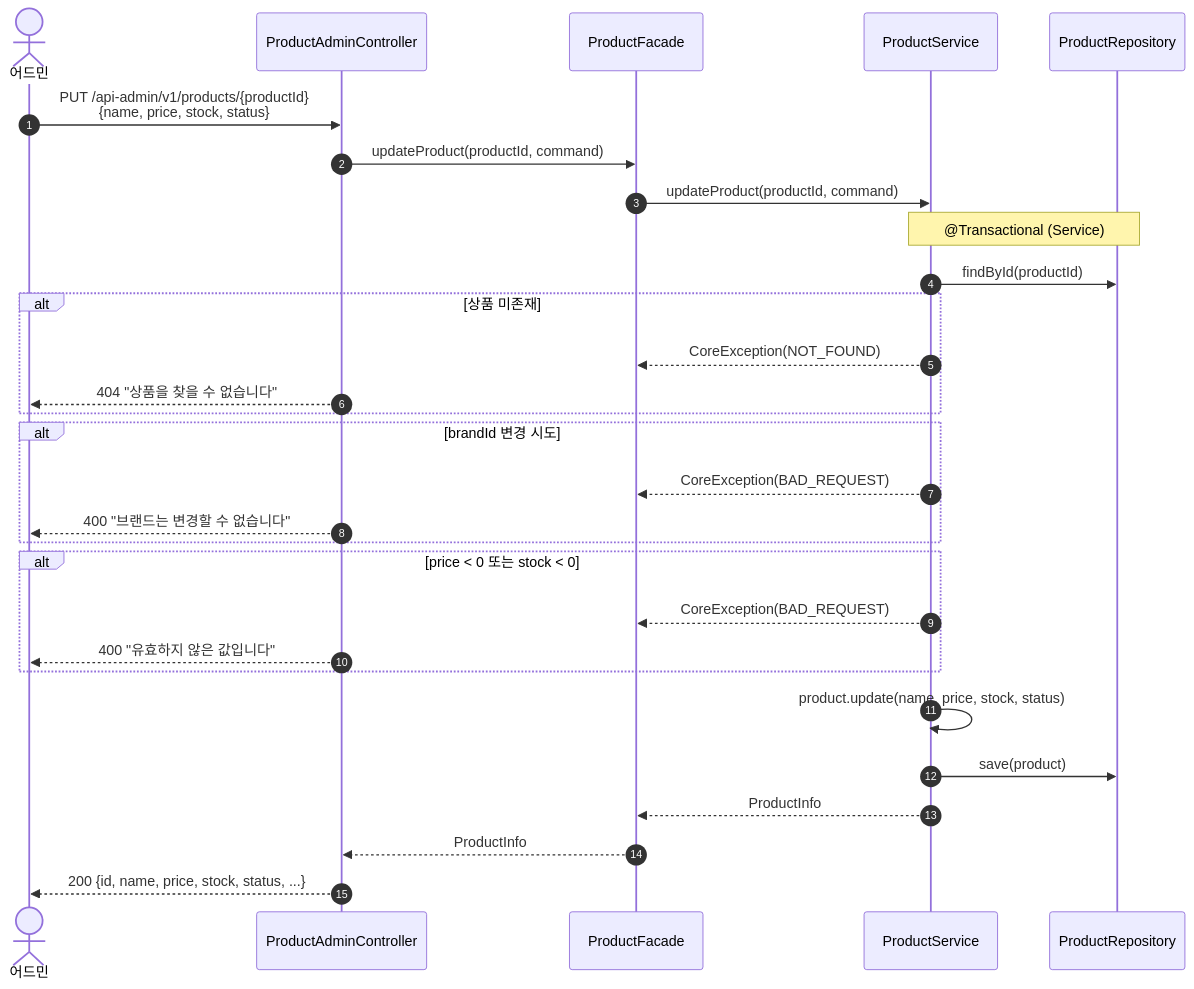
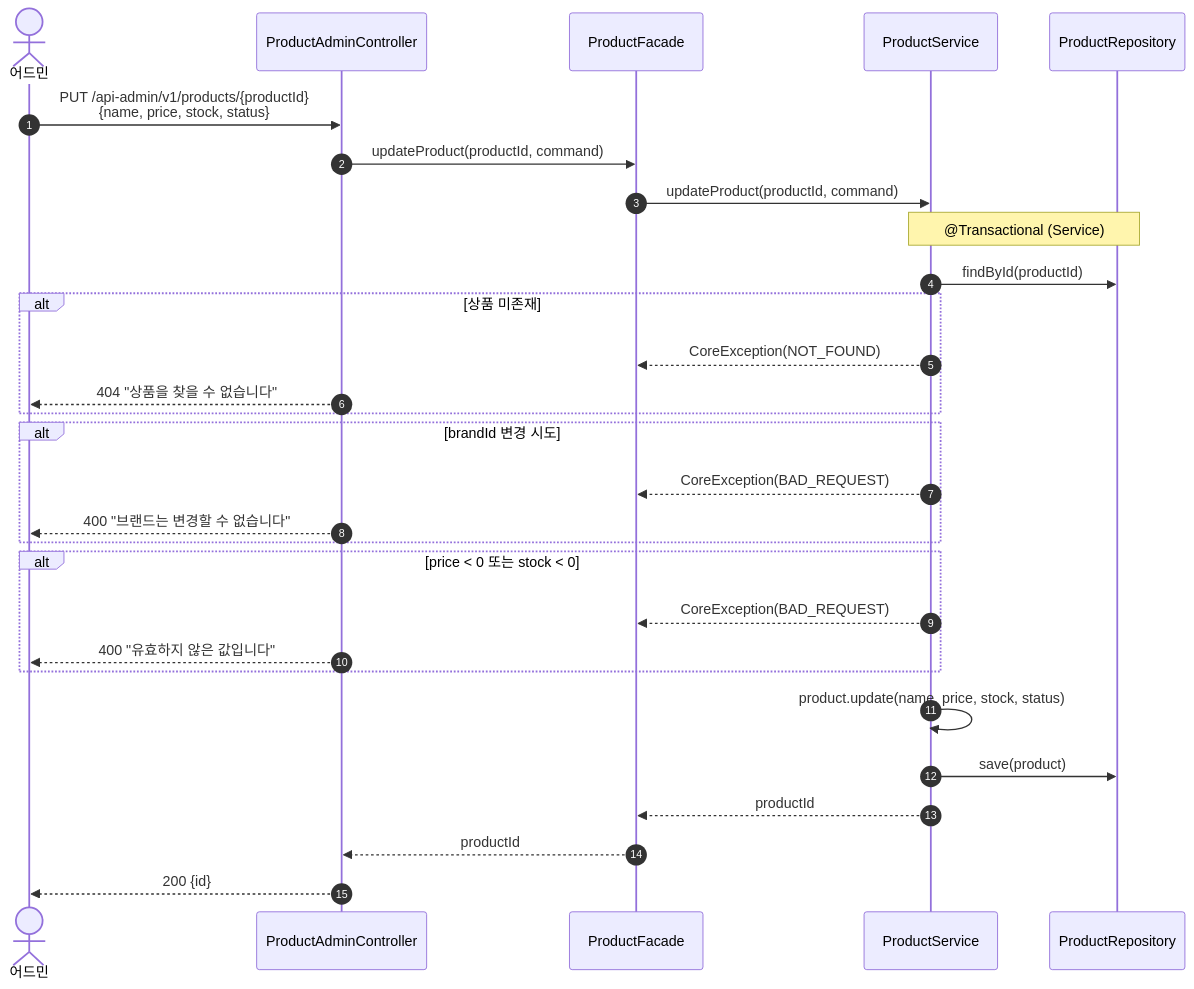
Diagram 12 of 21 in docs/design/02-sequence-diagrams.md (Loopers-dev-lab/loop-pack-be-l2-vol3-kotlin), drawn with Mermaid before and after one commit. The commit also changed other lines of this file and 4 other files, not shown here.

````diff
--- a/docs/design/02-sequence-diagrams.md
+++ b/docs/design/02-sequence-diagrams.md
@@ -410,37 +408,37 @@
 ```mermaid
 sequenceDiagram
     autonumber
     actor Admin as 어드민
     participant C as ProductAdminController
     participant F as ProductFacade
     participant PS as ProductService
     participant PR as ProductRepository
     Admin ->> C: PUT /api-admin/v1/products/{productId}<br/>{name, price, stock, status}
     C ->> F: updateProduct(productId, command)
     F ->> PS: updateProduct(productId, command)
 
     Note over PS, PR: @Transactional (Service)
     PS ->> PR: findById(productId)
 
     alt 상품 미존재
         PS -->> F: CoreException(NOT_FOUND)
         C -->> Admin: 404 "상품을 찾을 수 없습니다"
     end
 
     alt brandId 변경 시도
         PS -->> F: CoreException(BAD_REQUEST)
         C -->> Admin: 400 "브랜드는 변경할 수 없습니다"
     end
 
     alt price < 0 또는 stock < 0
         PS -->> F: CoreException(BAD_REQUEST)
         C -->> Admin: 400 "유효하지 않은 값입니다"
     end
 
     PS ->> PS: product.update(name, price, stock, status)
     PS ->> PR: save(product)
 
-    PS -->> F: ProductInfo
-    F -->> C: ProductInfo
-    C -->> Admin: 200 {id, name, price, stock, status, ...}
+    PS -->> F: productId
+    F -->> C: productId
+    C -->> Admin: 200 {id}
 ```
````
